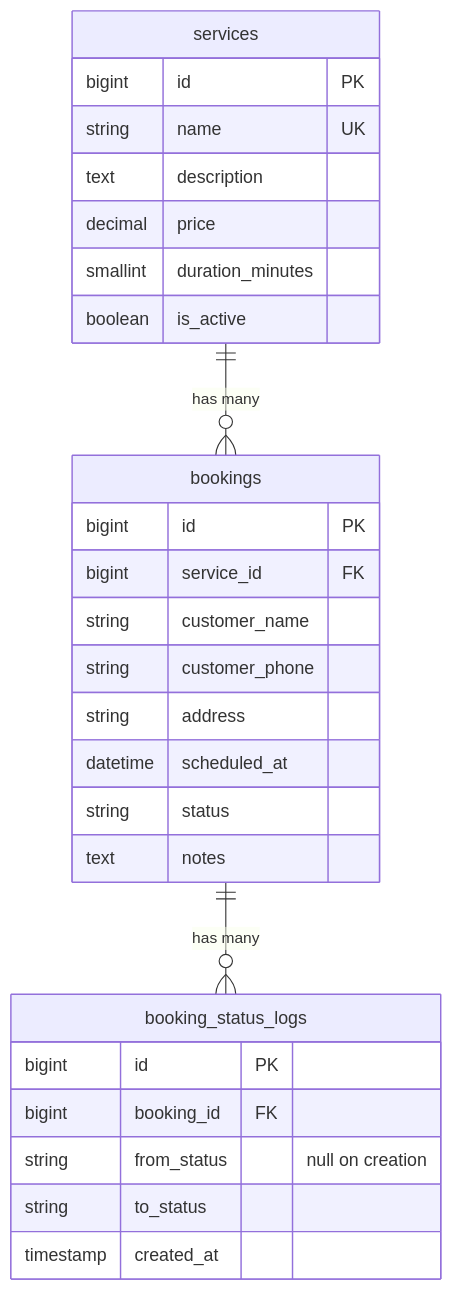
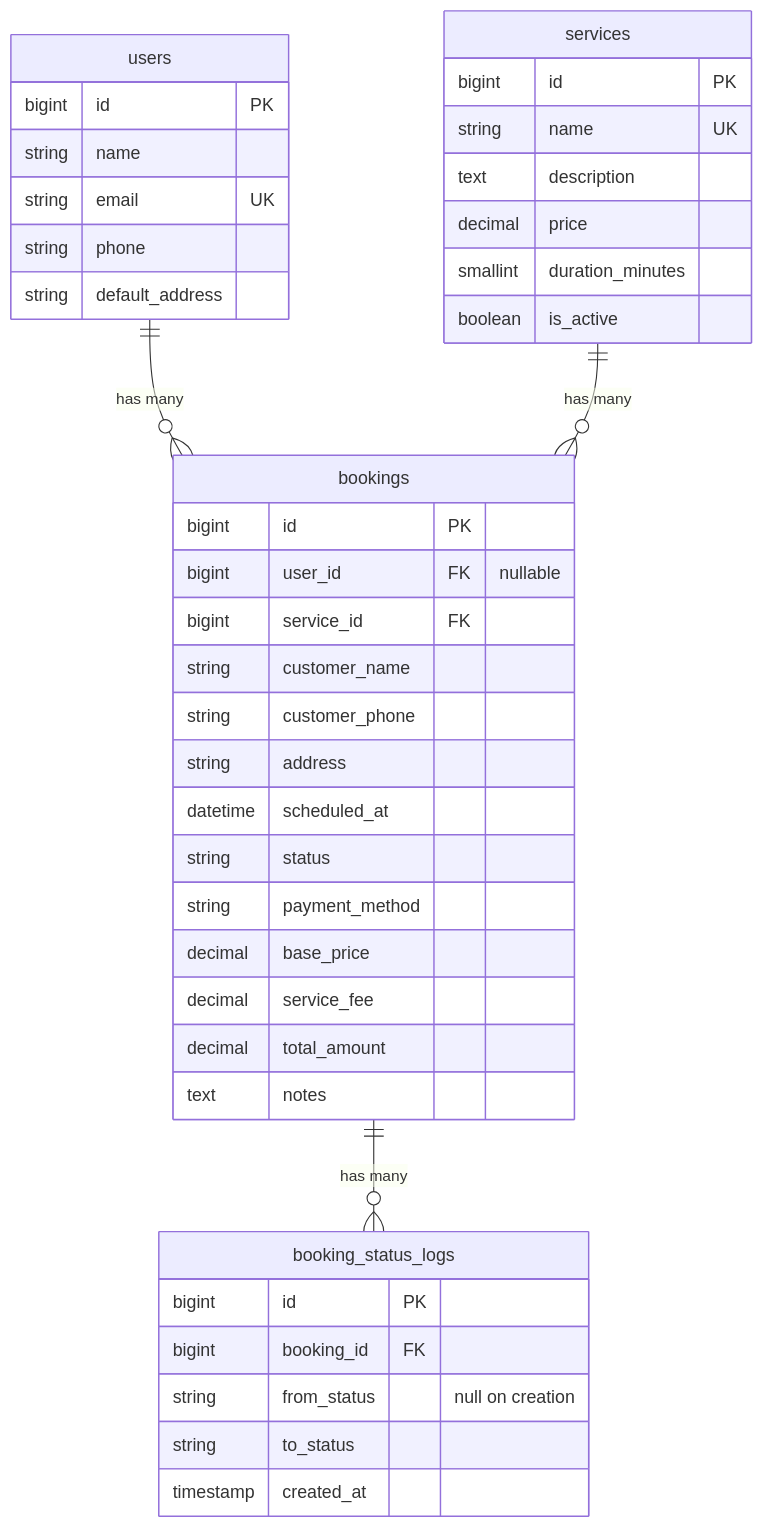
One commit to deXT-Sadman/hatkaj-api changed the second of 2 diagrams in README.md. Above: the diagram before and after it, drawn with Mermaid. The commit also changed other lines of this file and 4 other files, not shown here.

````diff
--- a/README.md
+++ b/README.md
@@ -195,30 +215,43 @@
 ```mermaid
 erDiagram
+    users ||--o{ bookings : "has many"
     services ||--o{ bookings : "has many"
     bookings ||--o{ booking_status_logs : "has many"
+    users {
+        bigint id PK
+        string name
+        string email UK
+        string phone
+        string default_address
+    }
     services {
         bigint id PK
         string name UK
         text description
         decimal price
         smallint duration_minutes
         boolean is_active
     }
     bookings {
         bigint id PK
+        bigint user_id FK "nullable"
         bigint service_id FK
         string customer_name
         string customer_phone
         string address
         datetime scheduled_at
         string status
+        string payment_method
+        decimal base_price
+        decimal service_fee
+        decimal total_amount
         text notes
     }
     booking_status_logs {
         bigint id PK
         bigint booking_id FK
         string from_status "null on creation"
         string to_status
         timestamp created_at
     }
 ```
````
